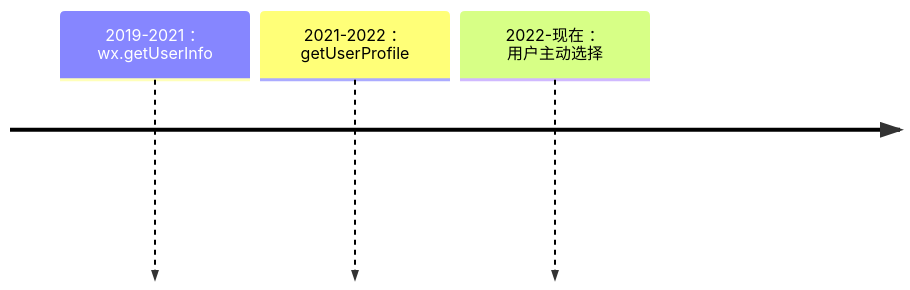
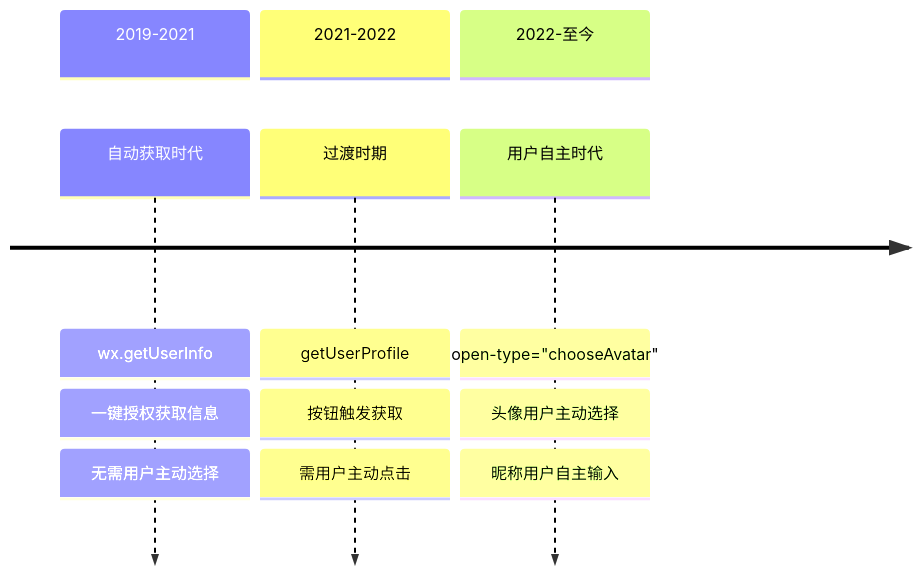
One commit to ihong-he/panda-doc changed the second of 3 diagrams in docs/interview/index5.md. Above: the diagram before and after it, drawn with Mermaid. The commit also changed other lines of this file and 3 other files, not shown here.

````diff
--- a/docs/interview/index5.md
+++ b/docs/interview/index5.md
@@ -267,6 +267,15 @@
 ```mermaid
 timeline
-    2019-2021 ： wx.getUserInfo
-           2021-2022 ： getUserProfile
-           2022-现在   ： 用户主动选择
+    section 2019-2021
+        自动获取时代 : wx.getUserInfo
+        : 一键授权获取信息
+        : 无需用户主动选择
+    section 2021-2022
+        过渡时期 : getUserProfile
+        : 按钮触发获取
+        : 需用户主动点击
+    section 2022-至今
+        用户自主时代 : open-type="chooseAvatar"
+        : 头像用户主动选择
+        : 昵称用户自主输入
 ```
````
